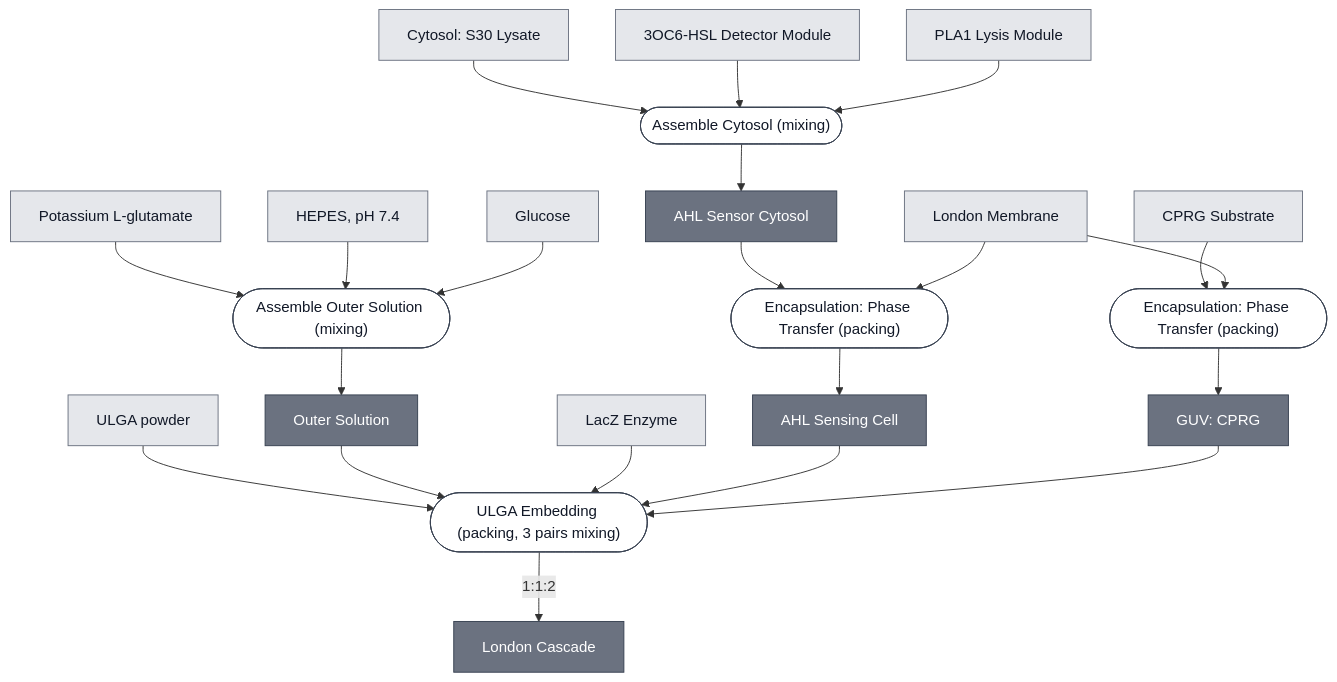
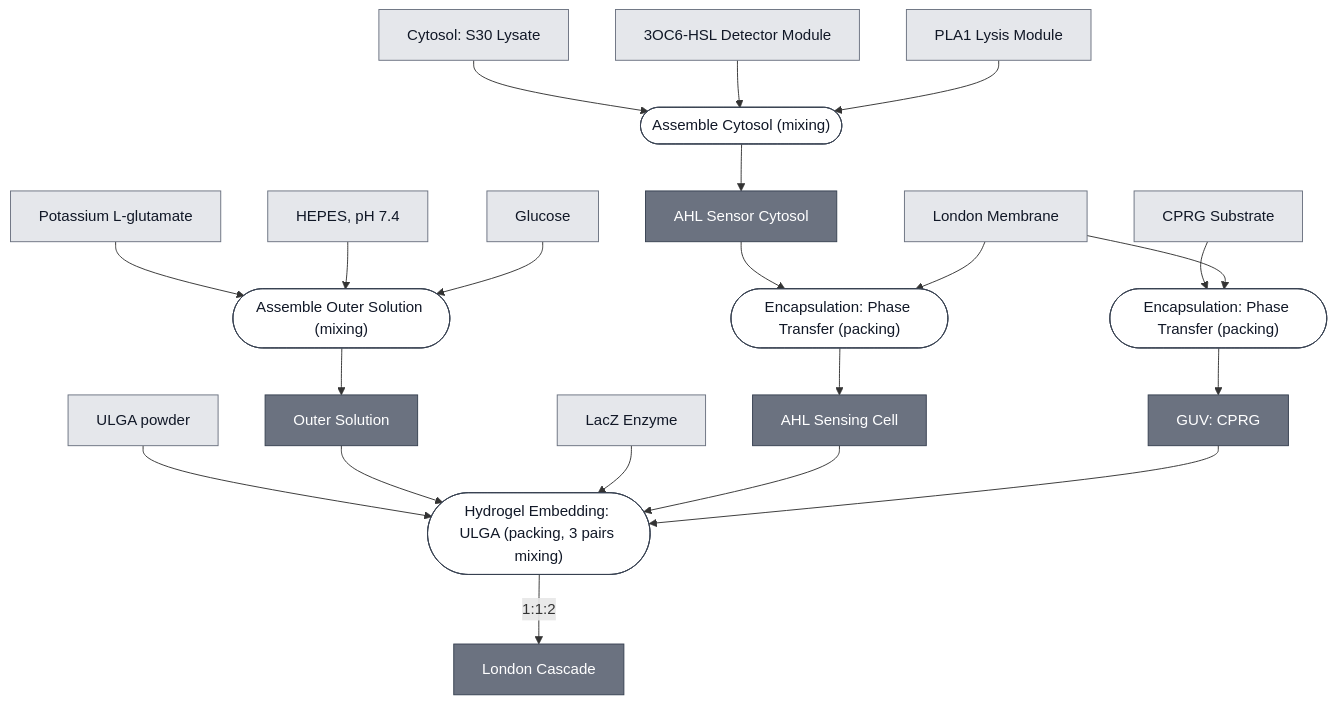
Before and after one commit to nucleus-eng/nucleus-docs: the diagram in docs/modules/london-cascade/spec.md, drawn with Mermaid. The commit also changed 16 other files, not shown here.

````diff
--- a/docs/modules/london-cascade/spec.md
+++ b/docs/modules/london-cascade/spec.md
@@ -25,74 +25,74 @@
 ```mermaid
 flowchart TD
     S30_LYSATE["Cytosol: S30 Lysate"]
     DETECTOR_3OC6_HSL["3OC6-HSL Detector Module"]
     EFFECTOR_PLA1["PLA1 Lysis Module"]
     MEMBRANE_POPC["London Membrane"]
     SUBSTRATE_CPRG["CPRG Substrate"]
     REPORTER_LACZ_ENZYME["LacZ Enzyme"]
     ULGA_POWDER["ULGA powder"]
     POTASSIUM_GLUTAMATE["Potassium L-glutamate"]
     HEPES["HEPES, pH 7.4"]
     GLUCOSE["Glucose"]
 
     P1_ASSEMBLE_CYTOSOL_0(["Assemble Cytosol (mixing)"])
     AHL_SENSOR_CYTOSOL["AHL Sensor Cytosol"]
     P2_ENCAPSULATE_SENSING_0(["Encapsulation: Phase Transfer (packing)"])
     AHL_SENSING_CELL["AHL Sensing Cell"]
     P3_ENCAPSULATE_SUBSTRATE_0(["Encapsulation: Phase Transfer (packing)"])
     GUV_CPRG["GUV: CPRG"]
     P4_ASSEMBLE_OUTER_SOLUTION_0(["Assemble Outer Solution (mixing)"])
     OUTER_SOLUTION["Outer Solution"]
-    P5_EMBED_ULGA_0(["ULGA Embedding (packing, 3 pairs mixing)"])
+    P5_EMBED_ULGA_0(["Hydrogel Embedding: ULGA (packing, 3 pairs mixing)"])
     LONDON_CASCADE["London Cascade"]
 
     S30_LYSATE --> P1_ASSEMBLE_CYTOSOL_0
     DETECTOR_3OC6_HSL --> P1_ASSEMBLE_CYTOSOL_0
     EFFECTOR_PLA1 --> P1_ASSEMBLE_CYTOSOL_0
     P1_ASSEMBLE_CYTOSOL_0 --> AHL_SENSOR_CYTOSOL
 
     AHL_SENSOR_CYTOSOL --> P2_ENCAPSULATE_SENSING_0
     MEMBRANE_POPC --> P2_ENCAPSULATE_SENSING_0
     P2_ENCAPSULATE_SENSING_0 --> AHL_SENSING_CELL
 
     SUBSTRATE_CPRG --> P3_ENCAPSULATE_SUBSTRATE_0
     MEMBRANE_POPC --> P3_ENCAPSULATE_SUBSTRATE_0
     P3_ENCAPSULATE_SUBSTRATE_0 --> GUV_CPRG
 
     POTASSIUM_GLUTAMATE --> P4_ASSEMBLE_OUTER_SOLUTION_0
     HEPES --> P4_ASSEMBLE_OUTER_SOLUTION_0
     GLUCOSE --> P4_ASSEMBLE_OUTER_SOLUTION_0
     P4_ASSEMBLE_OUTER_SOLUTION_0 --> OUTER_SOLUTION
 
     ULGA_POWDER --> P5_EMBED_ULGA_0
     OUTER_SOLUTION --> P5_EMBED_ULGA_0
     REPORTER_LACZ_ENZYME --> P5_EMBED_ULGA_0
     AHL_SENSING_CELL --> P5_EMBED_ULGA_0
     GUV_CPRG --> P5_EMBED_ULGA_0
     P5_EMBED_ULGA_0 -->|"1:1:2"| LONDON_CASCADE
 
 
     classDef leaf     fill:#e5e7eb,stroke:#6b7280,color:#111827;
     classDef composed fill:#6b7280,stroke:#374151,color:#ffffff;
     classDef process  fill:#ffffff,stroke:#374151,color:#111827;
     class S30_LYSATE,DETECTOR_3OC6_HSL,EFFECTOR_PLA1,MEMBRANE_POPC,SUBSTRATE_CPRG,REPORTER_LACZ_ENZYME,ULGA_POWDER,POTASSIUM_GLUTAMATE,HEPES,GLUCOSE leaf;
     class AHL_SENSOR_CYTOSOL,AHL_SENSING_CELL,GUV_CPRG,OUTER_SOLUTION,LONDON_CASCADE composed;
     class P1_ASSEMBLE_CYTOSOL_0,P2_ENCAPSULATE_SENSING_0,P3_ENCAPSULATE_SUBSTRATE_0,P4_ASSEMBLE_OUTER_SOLUTION_0,P5_EMBED_ULGA_0 process;
 
     click S30_LYSATE "/docs/modules/s30-lysate/spec"
     click DETECTOR_3OC6_HSL "/docs/modules/detector-3oc6-hsl/spec"
     click EFFECTOR_PLA1 "/docs/modules/effector-pla1/spec"
     click MEMBRANE_POPC "/docs/modules/membrane-popc/spec"
     click SUBSTRATE_CPRG "/docs/modules/substrate-cprg/spec"
     click REPORTER_LACZ_ENZYME "/docs/modules/reporter-lacz-enzyme/spec"
     click ULGA_POWDER "/docs/modules/gel-ulga/spec"
     click P1_ASSEMBLE_CYTOSOL_0 "/docs/processes/assemble-cytosol/assemble-cytosol-main"
     click AHL_SENSOR_CYTOSOL "/docs/modules/ahl-sensor-cytosol/spec"
     click P2_ENCAPSULATE_SENSING_0 "/docs/processes/assemble-base-cell/main"
     click AHL_SENSING_CELL "/docs/modules/ahl-sensing-cell/spec"
     click P3_ENCAPSULATE_SUBSTRATE_0 "/docs/processes/assemble-base-cell/main"
     click GUV_CPRG "/docs/modules/guv-cprg/spec"
     click P4_ASSEMBLE_OUTER_SOLUTION_0 "/docs/processes/assemble-outer-solution/main"
     click P5_EMBED_ULGA_0 "/docs/processes/embed-ulga-hydrogel/main"
     click LONDON_CASCADE "/docs/modules/london-cascade/spec"
 ```
````
